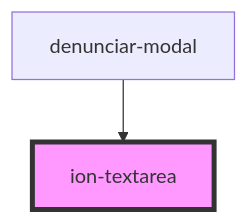
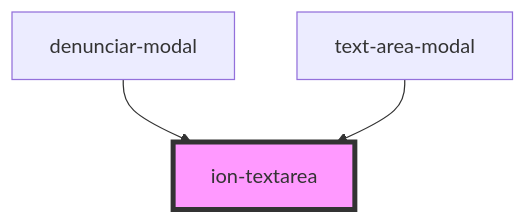
Before and after one commit to MEDGRUPOGIT/ionic-framework-1: the diagram in core/src/components/textarea/readme.md, drawn with Mermaid. The commit also changed other lines of this file and 25 other files, not shown here.

````diff
--- a/core/src/components/textarea/readme.md
+++ b/core/src/components/textarea/readme.md
@@ -352,5 +353,6 @@
 ```mermaid
 graph TD;
   denunciar-modal --> ion-textarea
+  text-area-modal --> ion-textarea
   style ion-textarea fill:#f9f,stroke:#333,stroke-width:4px
 ```
````
